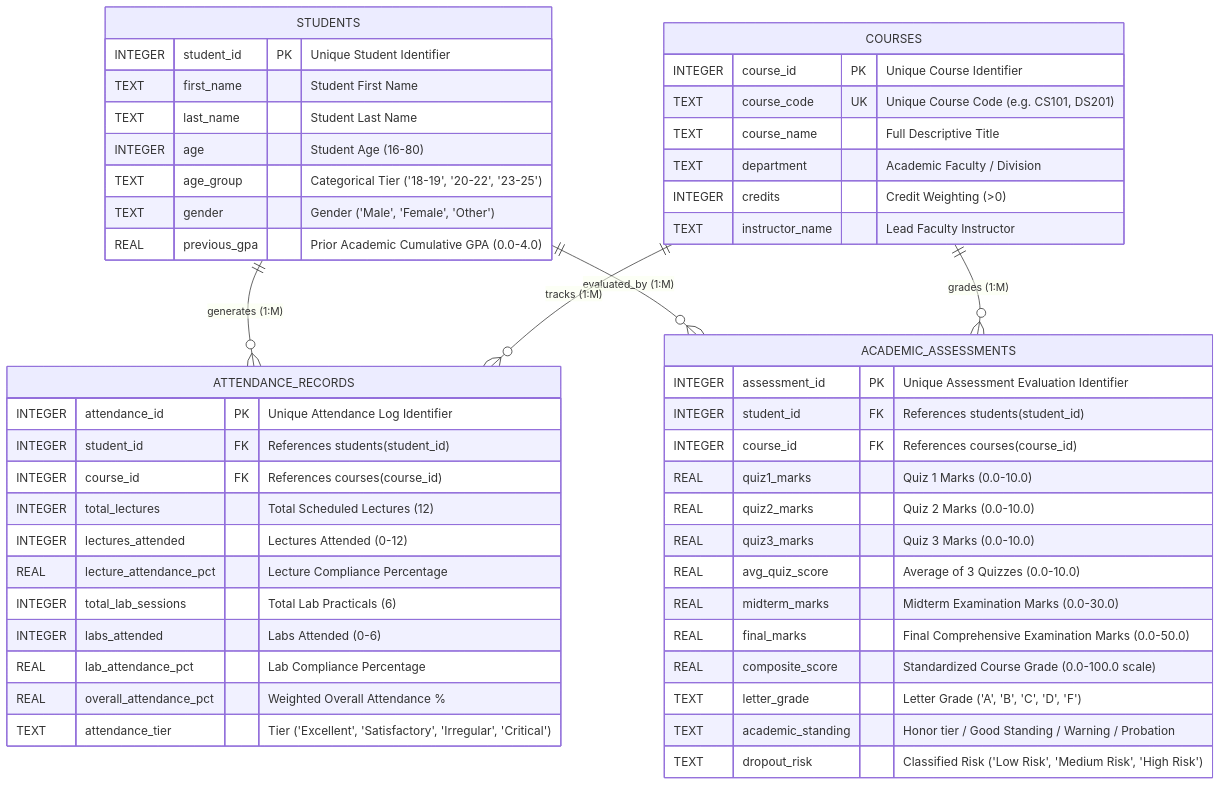
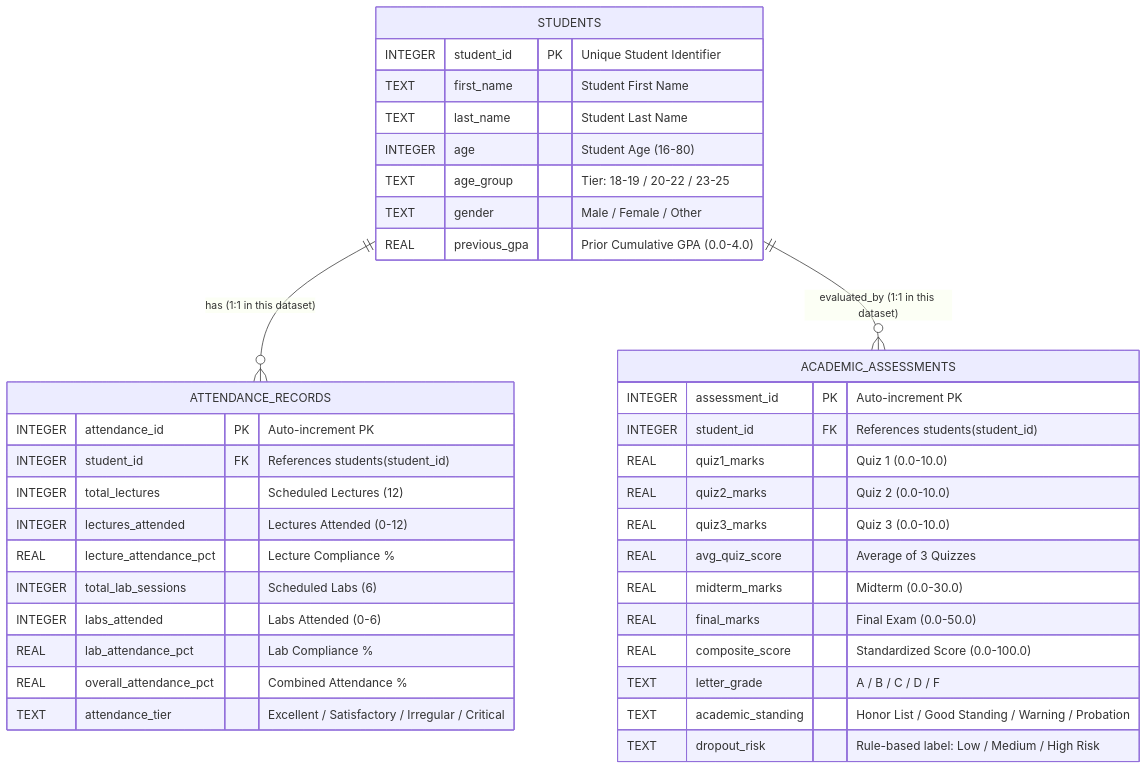
Before and after one commit to PrajjwalGyawali/student-performance-analysis: the diagram in database/ERD_DIAGRAM.md, drawn with Mermaid. The commit also changed other lines of this file and 21 other files, not shown here.

First line of the commit message:
refactor: migrate to authentic 3-table schema and synchronize all reports

````diff
--- a/database/ERD_DIAGRAM.md
+++ b/database/ERD_DIAGRAM.md
@@ -11,56 +14,43 @@
 ```mermaid
 erDiagram
-    STUDENTS ||--o{ ATTENDANCE_RECORDS : "generates (1:M)"
-    STUDENTS ||--o{ ACADEMIC_ASSESSMENTS : "evaluated_by (1:M)"
-    COURSES ||--o{ ATTENDANCE_RECORDS : "tracks (1:M)"
-    COURSES ||--o{ ACADEMIC_ASSESSMENTS : "grades (1:M)"
+    STUDENTS ||--o{ ATTENDANCE_RECORDS  : "has (1:1 in this dataset)"
+    STUDENTS ||--o{ ACADEMIC_ASSESSMENTS : "evaluated_by (1:1 in this dataset)"
 
     STUDENTS {
-        INTEGER student_id PK "Unique Student Identifier"
-        TEXT first_name "Student First Name"
-        TEXT last_name "Student Last Name"
-        INTEGER age "Student Age (16-80)"
-        TEXT age_group "Categorical Tier ('18-19', '20-22', '23-25')"
-        TEXT gender "Gender ('Male', 'Female', 'Other')"
-        REAL previous_gpa "Prior Academic Cumulative GPA (0.0-4.0)"
-    }
-
-    COURSES {
-        INTEGER course_id PK "Unique Course Identifier"
-        TEXT course_code UK "Unique Course Code (e.g. CS101, DS201)"
-        TEXT course_name "Full Descriptive Title"
-        TEXT department "Academic Faculty / Division"
-        INTEGER credits "Credit Weighting (>0)"
-        TEXT instructor_name "Lead Faculty Instructor"
+        INTEGER student_id    PK "Unique Student Identifier"
+        TEXT    first_name       "Student First Name"
+        TEXT    last_name        "Student Last Name"
+        INTEGER age              "Student Age (16-80)"
+        TEXT    age_group        "Tier: 18-19 / 20-22 / 23-25"
+        TEXT    gender           "Male / Female / Other"
+        REAL    previous_gpa     "Prior Cumulative GPA (0.0-4.0)"
     }
 
     ATTENDANCE_RECORDS {
-        INTEGER attendance_id PK "Unique Attendance Log Identifier"
-        INTEGER student_id FK "References students(student_id)"
-        INTEGER course_id FK "References courses(course_id)"
-        INTEGER total_lectures "Total Scheduled Lectures (12)"
-        INTEGER lectures_attended "Lectures Attended (0-12)"
-        REAL lecture_attendance_pct "Lecture Compliance Percentage"
-        INTEGER total_lab_sessions "Total Lab Practicals (6)"
-        INTEGER labs_attended "Labs Attended (0-6)"
-        REAL lab_attendance_pct "Lab Compliance Percentage"
-        REAL overall_attendance_pct "Weighted Overall Attendance %"
-        TEXT attendance_tier "Tier ('Excellent', 'Satisfactory', 'Irregular', 'Critical')"
+        INTEGER attendance_id       PK "Auto-increment PK"
+        INTEGER student_id          FK "References students(student_id)"
+        INTEGER total_lectures         "Scheduled Lectures (12)"
+        INTEGER lectures_attended      "Lectures Attended (0-12)"
+        REAL    lecture_attendance_pct "Lecture Compliance %"
+        INTEGER total_lab_sessions     "Scheduled Labs (6)"
+        INTEGER labs_attended          "Labs Attended (0-6)"
+        REAL    lab_attendance_pct     "Lab Compliance %"
+        REAL    overall_attendance_pct "Combined Attendance %"
+        TEXT    attendance_tier        "Excellent / Satisfactory / Irregular / Critical"
     }
 
     ACADEMIC_ASSESSMENTS {
-        INTEGER assessment_id PK "Unique Assessment Evaluation Identifier"
-        INTEGER student_id FK "References students(student_id)"
-        INTEGER course_id FK "References courses(course_id)"
-        REAL quiz1_marks "Quiz 1 Marks (0.0-10.0)"
-        REAL quiz2_marks "Quiz 2 Marks (0.0-10.0)"
-        REAL quiz3_marks "Quiz 3 Marks (0.0-10.0)"
-        REAL avg_quiz_score "Average of 3 Quizzes (0.0-10.0)"
-        REAL midterm_marks "Midterm Examination Marks (0.0-30.0)"
-        REAL final_marks "Final Comprehensive Examination Marks (0.0-50.0)"
-        REAL composite_score "Standardized Course Grade (0.0-100.0 scale)"
-        TEXT letter_grade "Letter Grade ('A', 'B', 'C', 'D', 'F')"
-        TEXT academic_standing "Honor tier / Good Standing / Warning / Probation"
-        TEXT dropout_risk "Classified Risk ('Low Risk', 'Medium Risk', 'High Risk')"
+        INTEGER assessment_id    PK "Auto-increment PK"
+        INTEGER student_id       FK "References students(student_id)"
+        REAL    quiz1_marks         "Quiz 1 (0.0-10.0)"
+        REAL    quiz2_marks         "Quiz 2 (0.0-10.0)"
+        REAL    quiz3_marks         "Quiz 3 (0.0-10.0)"
+        REAL    avg_quiz_score      "Average of 3 Quizzes"
+        REAL    midterm_marks       "Midterm (0.0-30.0)"
+        REAL    final_marks         "Final Exam (0.0-50.0)"
+        REAL    composite_score     "Standardized Score (0.0-100.0)"
+        TEXT    letter_grade        "A / B / C / D / F"
+        TEXT    academic_standing   "Honor List / Good Standing / Warning / Probation"
+        TEXT    dropout_risk        "Rule-based label: Low / Medium / High Risk"
     }
 ```
````
